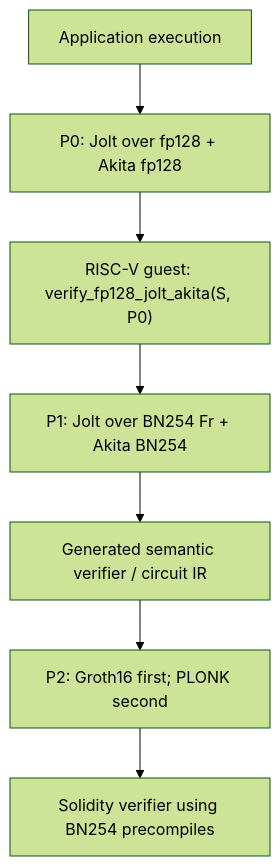
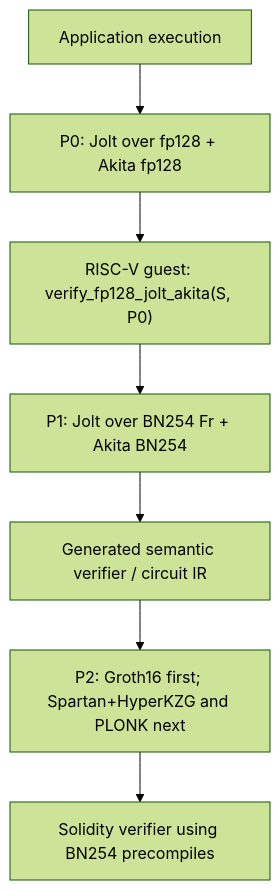
Before and after one commit to LayerZero-Labs/akita: the first of 2 diagrams in specs/on-chain-lattice-jolt-wrapper.md, drawn with Mermaid (forest theme). The commit also changed other lines of this file, not shown here.

````diff
--- a/specs/on-chain-lattice-jolt-wrapper.md
+++ b/specs/on-chain-lattice-jolt-wrapper.md
@@ -85,9 +87,9 @@
 ```mermaid
 flowchart TD
     A[Application execution] --> P0["P0: Jolt over fp128 + Akita fp128"]
     P0 --> G["RISC-V guest: verify_fp128_jolt_akita(S, P0)"]
     G --> P1["P1: Jolt over BN254 Fr + Akita BN254"]
     P1 --> V["Generated semantic verifier / circuit IR"]
-    V --> P2["P2: Groth16 first; PLONK second"]
+    V --> P2["P2: Groth16 first; Spartan+HyperKZG and PLONK next"]
     P2 --> E["Solidity verifier using BN254 precompiles"]
 ```
````
